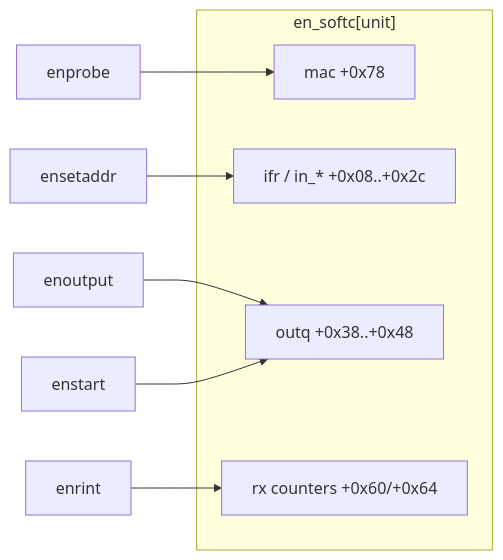
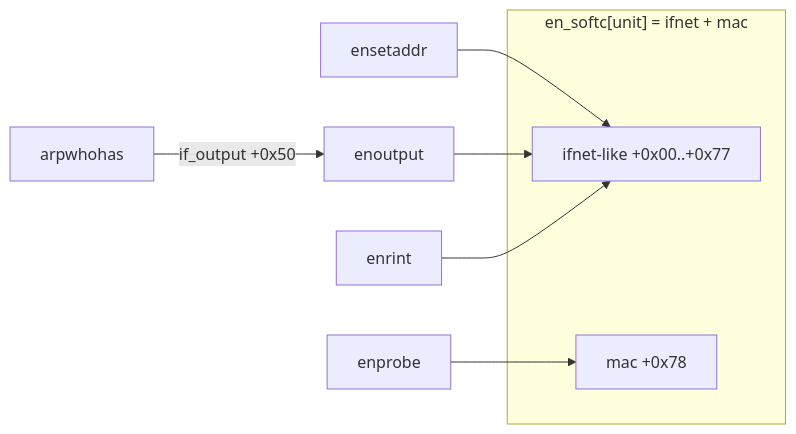
The first of 2 diagrams in docs/win3b-tcp.md (visionik/unixpc-lab), drawn with Mermaid before and after one commit. The commit also changed other lines of this file and 3 other files, not shown here.

````diff
--- a/docs/win3b-tcp.md
+++ b/docs/win3b-tcp.md
@@ -79,14 +94,12 @@
 ```mermaid
 flowchart LR
-  subgraph softc["en_softc[unit]"]
+  subgraph softc["en_softc[unit] = ifnet + mac"]
+    IFNET["ifnet-like +0x00..+0x77"]
     MAC["mac +0x78"]
-    ADDR["ifr / in_* +0x08..+0x2c"]
-    OUTQ["outq +0x38..+0x48"]
-    STAT["rx counters +0x60/+0x64"]
   end
   enprobe --> MAC
-  ensetaddr --> ADDR
-  enoutput --> OUTQ
-  enstart --> OUTQ
-  enrint --> STAT
+  ensetaddr --> IFNET
+  enoutput --> IFNET
+  arpwhohas -->|"if_output +0x50"| enoutput
+  enrint --> IFNET
 ```
````
